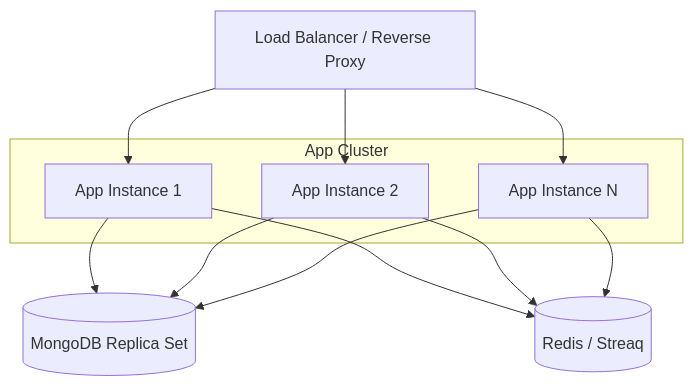
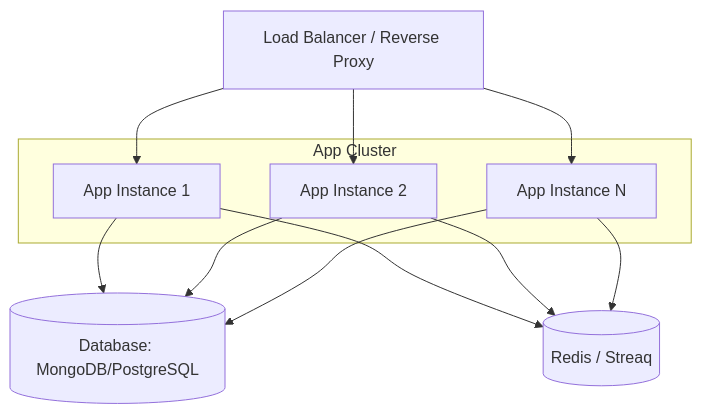
The third of 3 diagrams in vibetuner-docs/docs/architecture.md (alltuner/vibetuner), drawn with Mermaid before and after one commit. The commit also changed other lines of this file and 15 other files, not shown here.

````diff
--- a/vibetuner-docs/docs/architecture.md
+++ b/vibetuner-docs/docs/architecture.md
@@ -366,18 +384,18 @@
 ```mermaid
 graph TD
 LB[Load Balancer / Reverse Proxy]
 subgraph App Cluster
 A1[App Instance 1]
 A2[App Instance 2]
 A3[App Instance N]
 end
 LB --> A1
 LB --> A2
 LB --> A3
-A1 --> Mongo[(MongoDB Replica Set)]
-A2 --> Mongo
-A3 --> Mongo
+A1 --> DB[(Database: MongoDB/PostgreSQL)]
+A2 --> DB
+A3 --> DB
 A1 --> Redis[(Redis / Streaq)]
 A2 --> Redis
 A3 --> Redis
 ```
````
